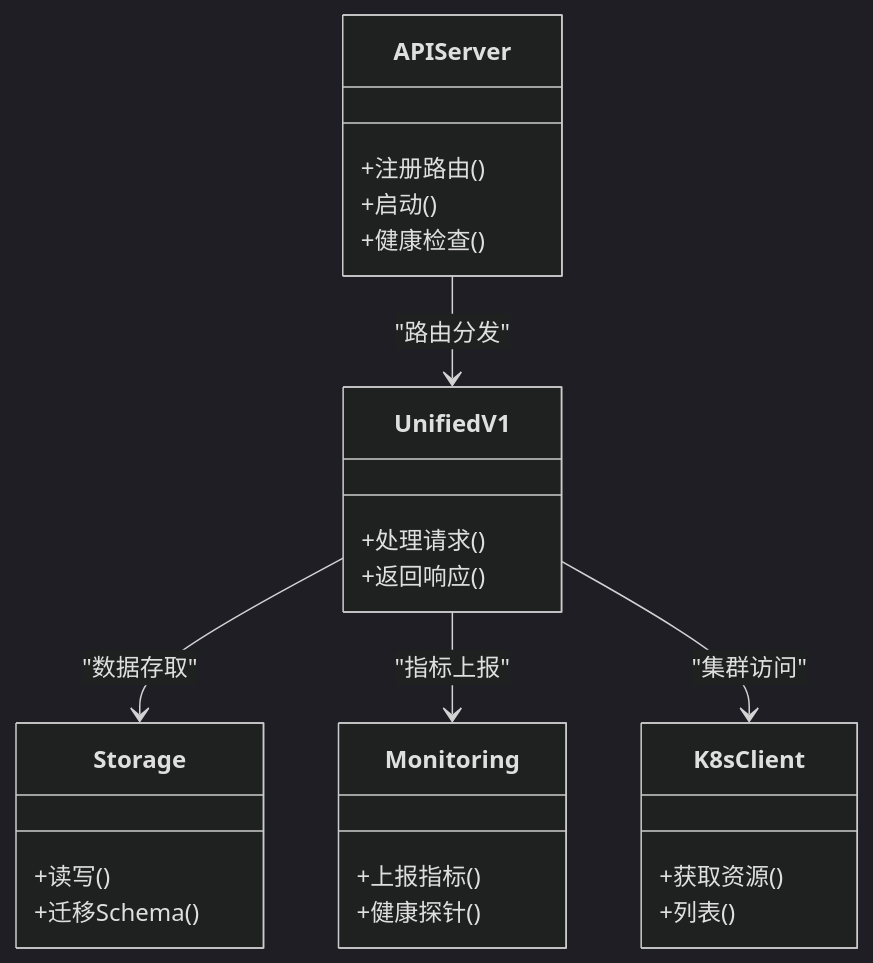
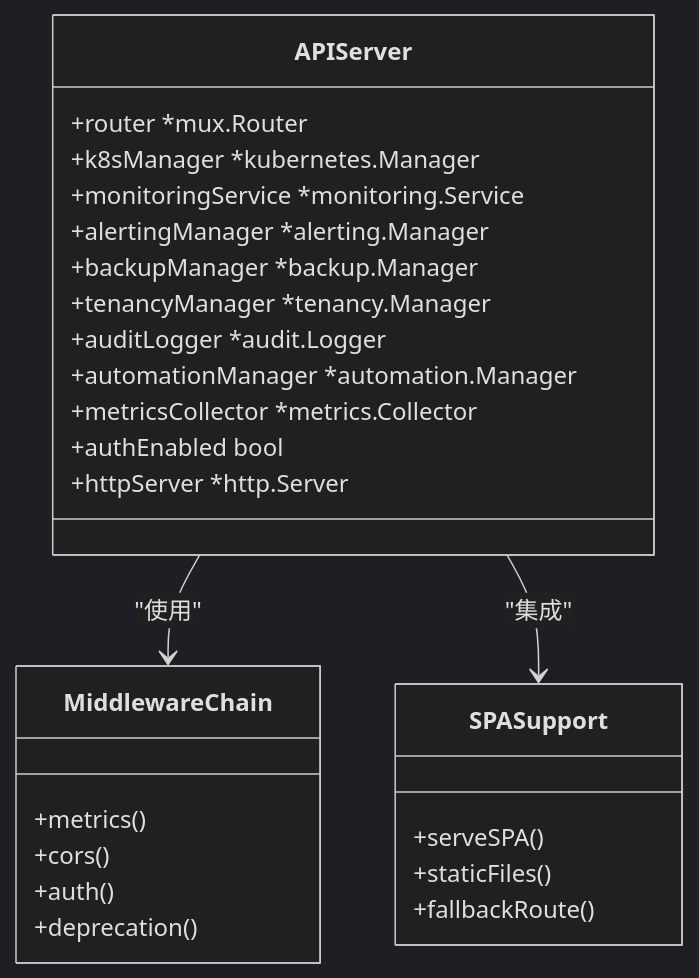
One commit to kudig-io/klaw changed the fourth of 9 diagrams in .qoder/repowiki/zh/content/系统架构/系统架构.md. Above: the diagram before and after it, drawn with Mermaid (dark theme). The commit also changed other lines of this file and 245 other files, not shown here.

````diff
--- a/.qoder/repowiki/zh/content/系统架构/系统架构.md
+++ b/.qoder/repowiki/zh/content/系统架构/系统架构.md
@@ -176,28 +255,29 @@
 ```mermaid
 classDiagram
 class APIServer {
-+注册路由()
-+启动()
-+健康检查()
++router *mux.Router
++k8sManager *kubernetes.Manager
++monitoringService *monitoring.Service
++alertingManager *alerting.Manager
++backupManager *backup.Manager
++tenancyManager *tenancy.Manager
++auditLogger *audit.Logger
++automationManager *automation.Manager
++metricsCollector *metrics.Collector
++authEnabled bool
++httpServer *http.Server
 }
-class UnifiedV1 {
-+处理请求()
-+返回响应()
+class MiddlewareChain {
++metrics()
++cors()
++auth()
++deprecation()
 }
-class Storage {
-+读写()
-+迁移Schema()
+class SPASupport {
++serveSPA()
++staticFiles()
++fallbackRoute()
 }
-class Monitoring {
-+上报指标()
-+健康探针()
-}
-class K8sClient {
-+获取资源()
-+列表()
-}
-APIServer --> UnifiedV1 : "路由分发"
-UnifiedV1 --> Storage : "数据存取"
-UnifiedV1 --> Monitoring : "指标上报"
-UnifiedV1 --> K8sClient : "集群访问"
+APIServer --> MiddlewareChain : "使用"
+APIServer --> SPASupport : "集成"
 ```
````
